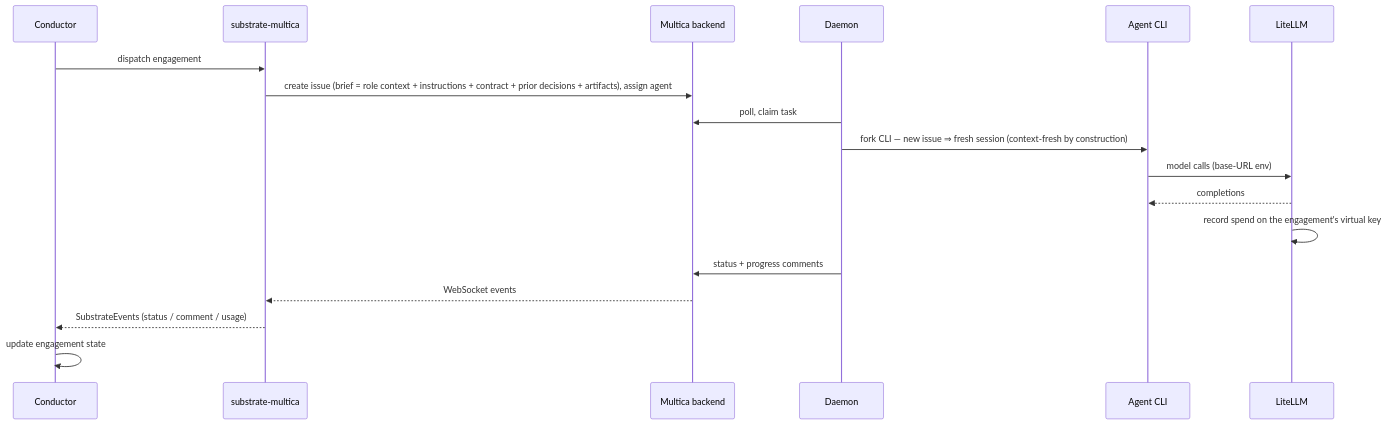
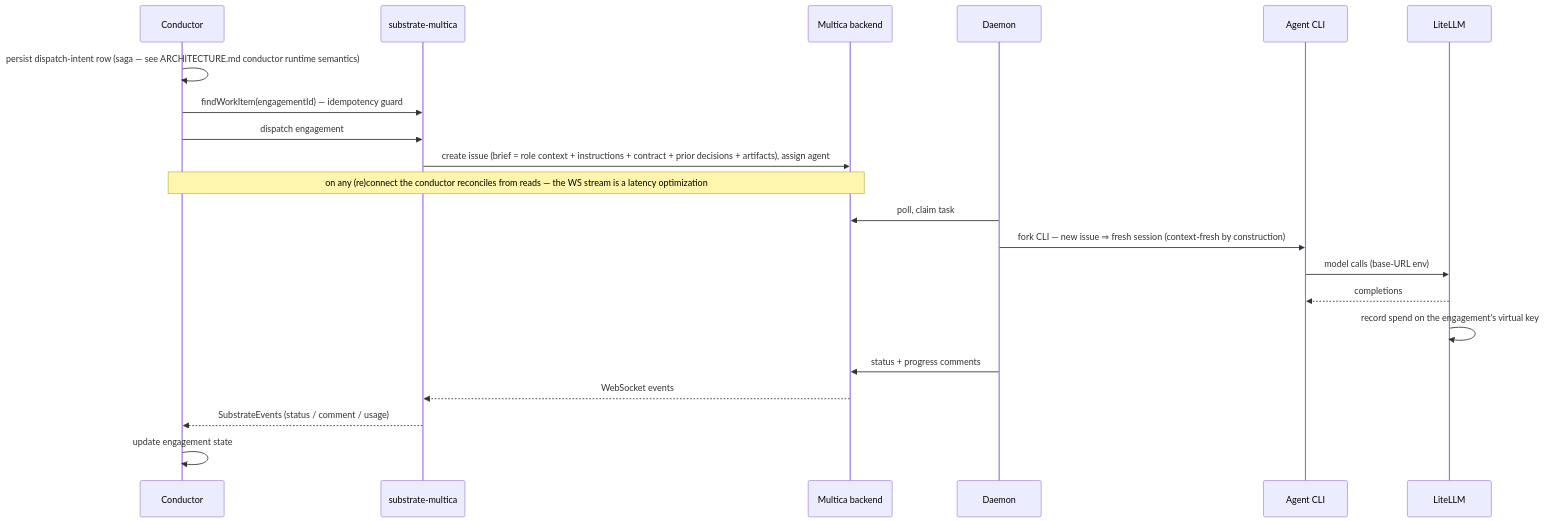
The fifth of 8 diagrams in docs/OVERVIEW.md (maacarbo/guild), drawn with Mermaid before and after one commit. The commit also changed other lines of this file and 5 other files, not shown here.

````diff
--- a/docs/OVERVIEW.md
+++ b/docs/OVERVIEW.md
@@ -141,20 +145,23 @@
 ```mermaid
 sequenceDiagram
     participant C as Conductor
     participant A as substrate-multica
     participant BE as Multica backend
     participant DM as Daemon
     participant CLIs as Agent CLI
     participant LLM as LiteLLM
+    C->>C: persist dispatch-intent row (saga — see ARCHITECTURE.md conductor runtime semantics)
+    C->>A: findWorkItem(engagementId) — idempotency guard
     C->>A: dispatch engagement
     A->>BE: create issue (brief = role context + instructions + contract + prior decisions + artifacts), assign agent
+    Note over C,BE: on any (re)connect the conductor reconciles from reads — the WS stream is a latency optimization
     DM->>BE: poll, claim task
     DM->>CLIs: fork CLI — new issue ⇒ fresh session (context-fresh by construction)
     CLIs->>LLM: model calls (base-URL env)
     LLM-->>CLIs: completions
     LLM->>LLM: record spend on the engagement's virtual key
     DM->>BE: status + progress comments
     BE-->>A: WebSocket events
     A-->>C: SubstrateEvents (status / comment / usage)
     C->>C: update engagement state
 ```
````
